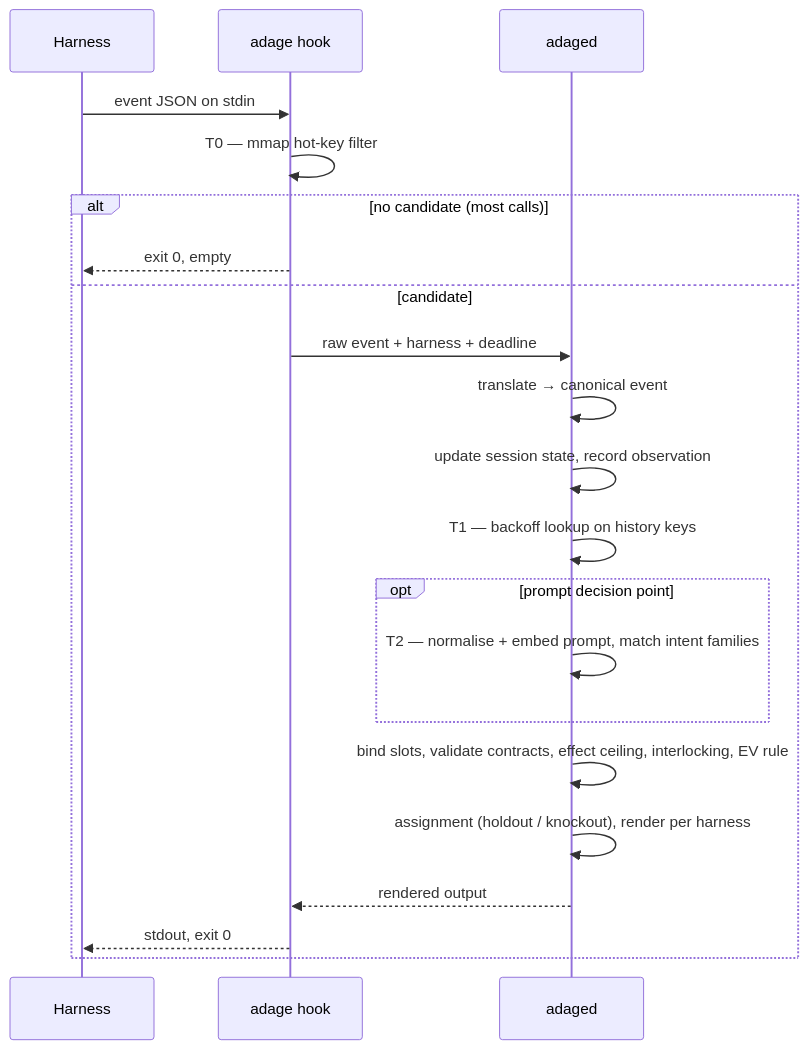
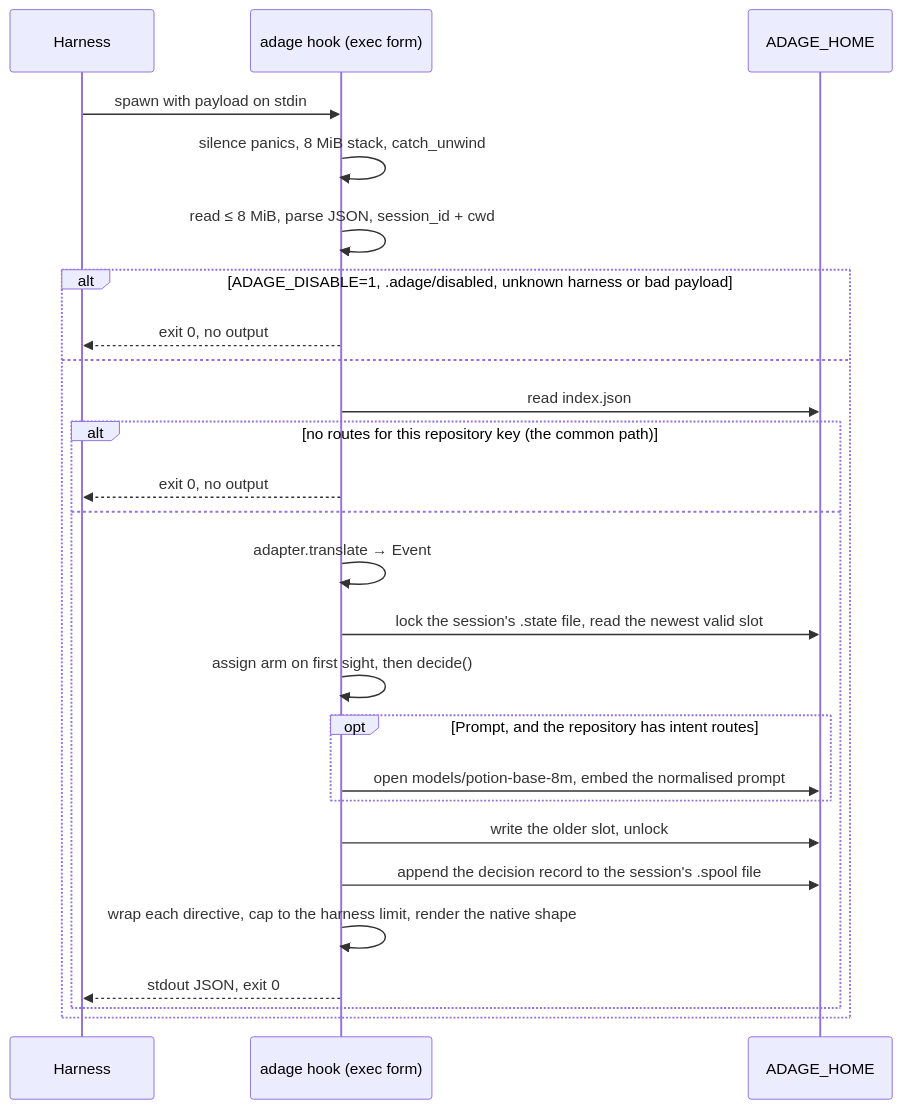
One commit to stevenvaughanbooth/adage changed the third of 4 diagrams in docs/Adage — Architecture.md. Above: the diagram before and after it, drawn with Mermaid. The commit also changed other lines of this file, not shown here.

First line of the commit message:
Architecture draft 3, as built

````diff
--- a/docs/Adage — Architecture.md
+++ b/docs/Adage — Architecture.md
@@ -172,23 +169,28 @@
 ```mermaid
 sequenceDiagram
   participant H as Harness
-  participant C as adage hook
-  participant D as adaged
-  H->>C: event JSON on stdin
-  C->>C: T0 — mmap hot-key filter
-  alt no candidate (most calls)
-    C-->>H: exit 0, empty
-  else candidate
-    C->>D: raw event + harness + deadline
-    D->>D: translate → canonical event
-    D->>D: update session state, record observation
-    D->>D: T1 — backoff lookup on history keys
-    opt prompt decision point
-      D->>D: T2 — normalise + embed prompt, match intent families
+  participant A as adage hook (exec form)
+  participant D as ADAGE_HOME
+  H->>A: spawn with payload on stdin
+  A->>A: silence panics, 8 MiB stack, catch_unwind
+  A->>A: read ≤ 8 MiB, parse JSON, session_id + cwd
+  alt ADAGE_DISABLE=1, .adage/disabled, unknown harness or bad payload
+    A-->>H: exit 0, no output
+  else
+    A->>D: read index.json
+    alt no routes for this repository key (the common path)
+      A-->>H: exit 0, no output
+    else
+      A->>A: adapter.translate → Event
+      A->>D: lock the session's .state file, read the newest valid slot
+      A->>A: assign arm on first sight, then decide()
+      opt Prompt, and the repository has intent routes
+        A->>D: open models/potion-base-8m, embed the normalised prompt
+      end
+      A->>D: write the older slot, unlock
+      A->>D: append the decision record to the session's .spool file
+      A->>A: wrap each directive, cap to the harness limit, render the native shape
+      A-->>H: stdout JSON, exit 0
     end
-    D->>D: bind slots, validate contracts, effect ceiling, interlocking, EV rule
-    D->>D: assignment (holdout / knockout), render per harness
-    D-->>C: rendered output
-    C-->>H: stdout, exit 0
   end
 ```
````
